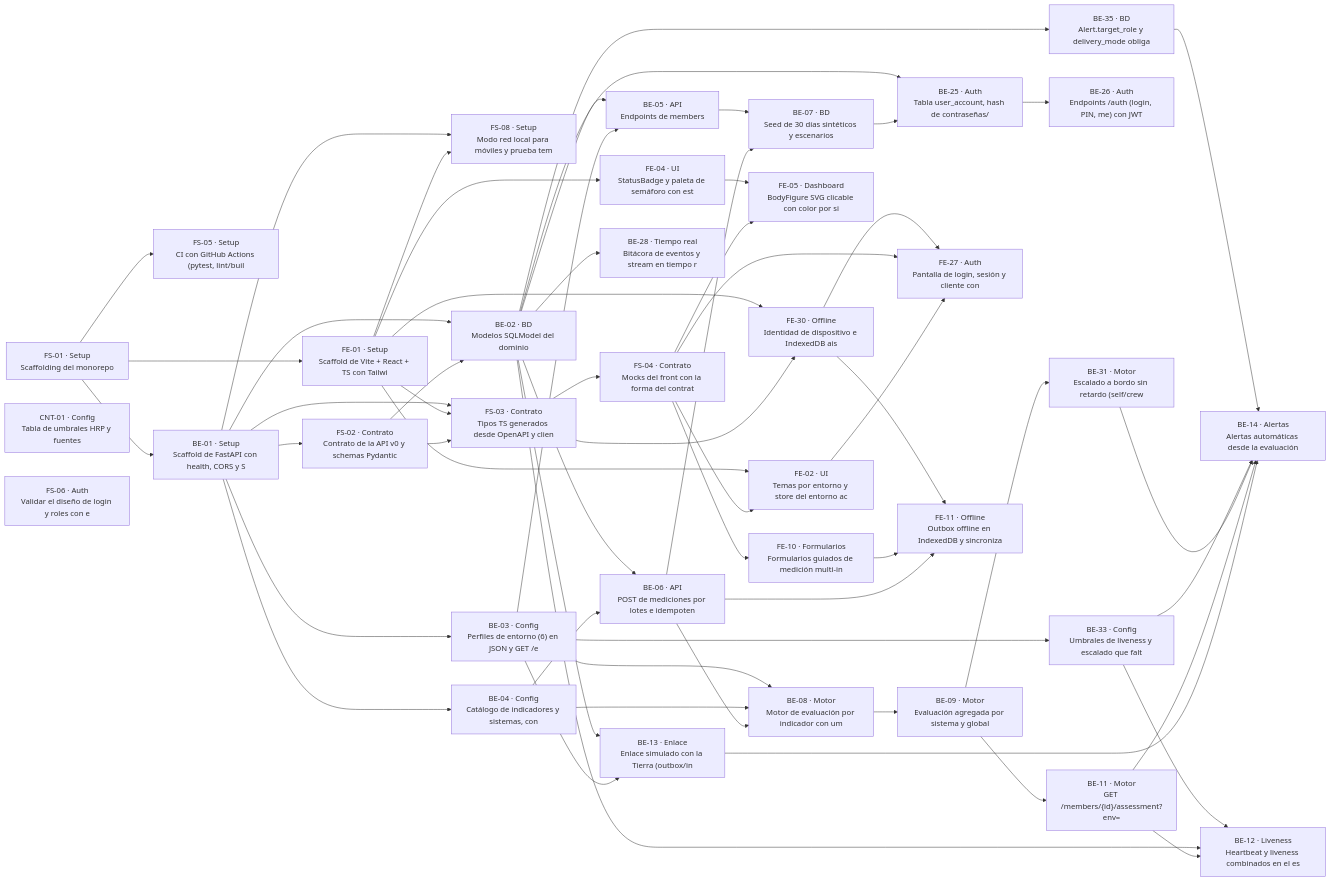
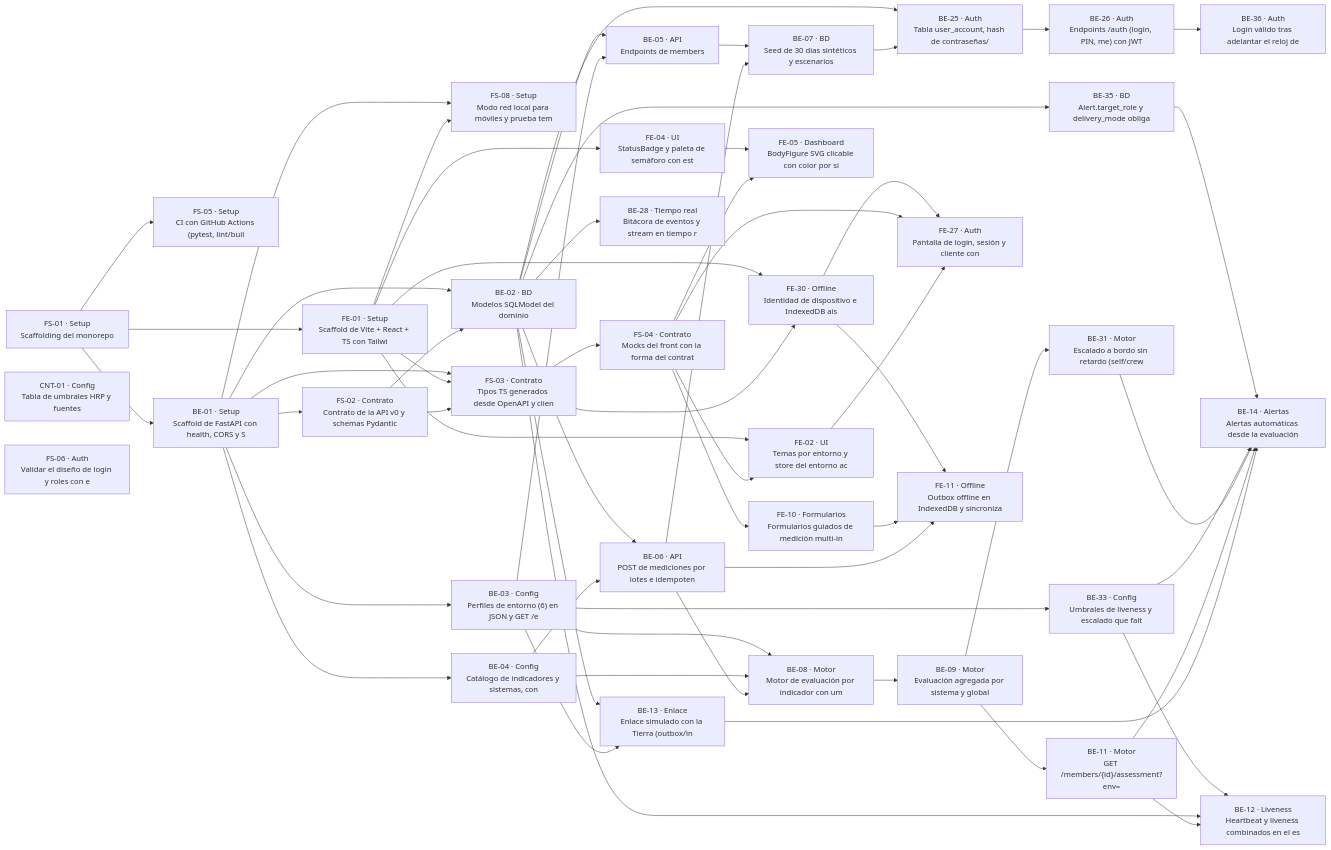
Before and after one commit to NASAHACKATON2026FTHEALTH42U/RUOK: the diagram in docs/backlog.md, drawn with Mermaid. The commit also changed other lines of this file and 1 other file, not shown here.

````diff
--- a/docs/backlog.md
+++ b/docs/backlog.md
@@ -235,4 +237,6 @@
   FE_30 --> FE_11
   FE_10 --> FE_11
   BE_06 --> FE_11
+  BE_36["BE-36 · Auth<br/>Login válido tras adelantar el reloj de "]
+  BE_26 --> BE_36
 ```
````
